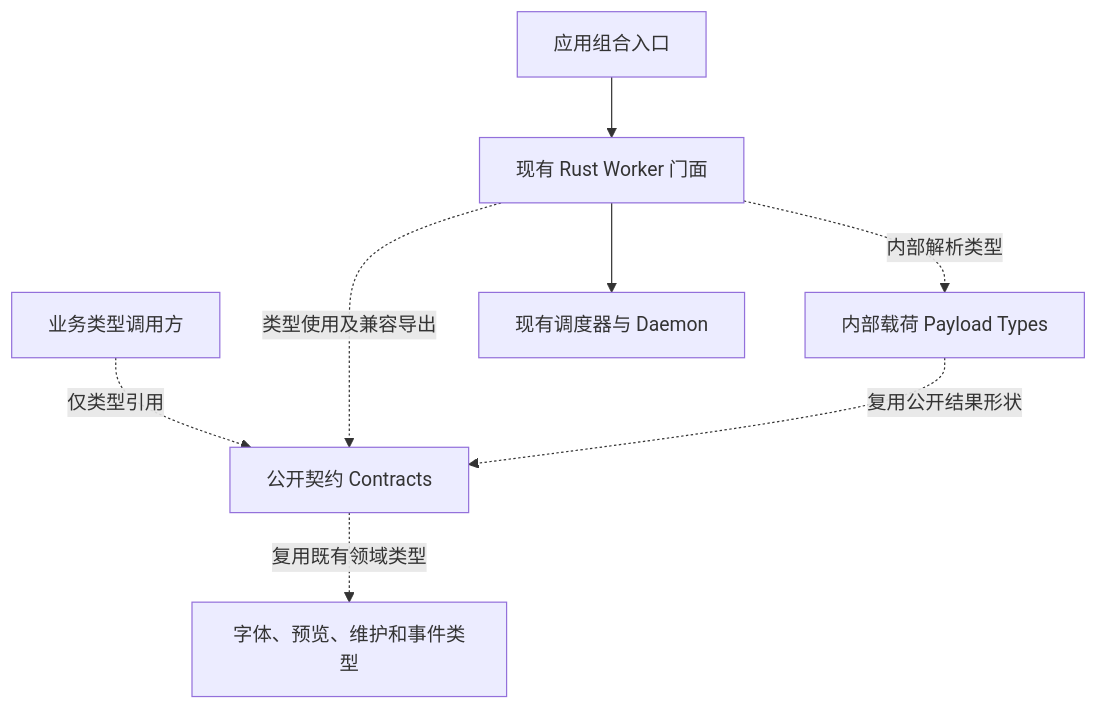
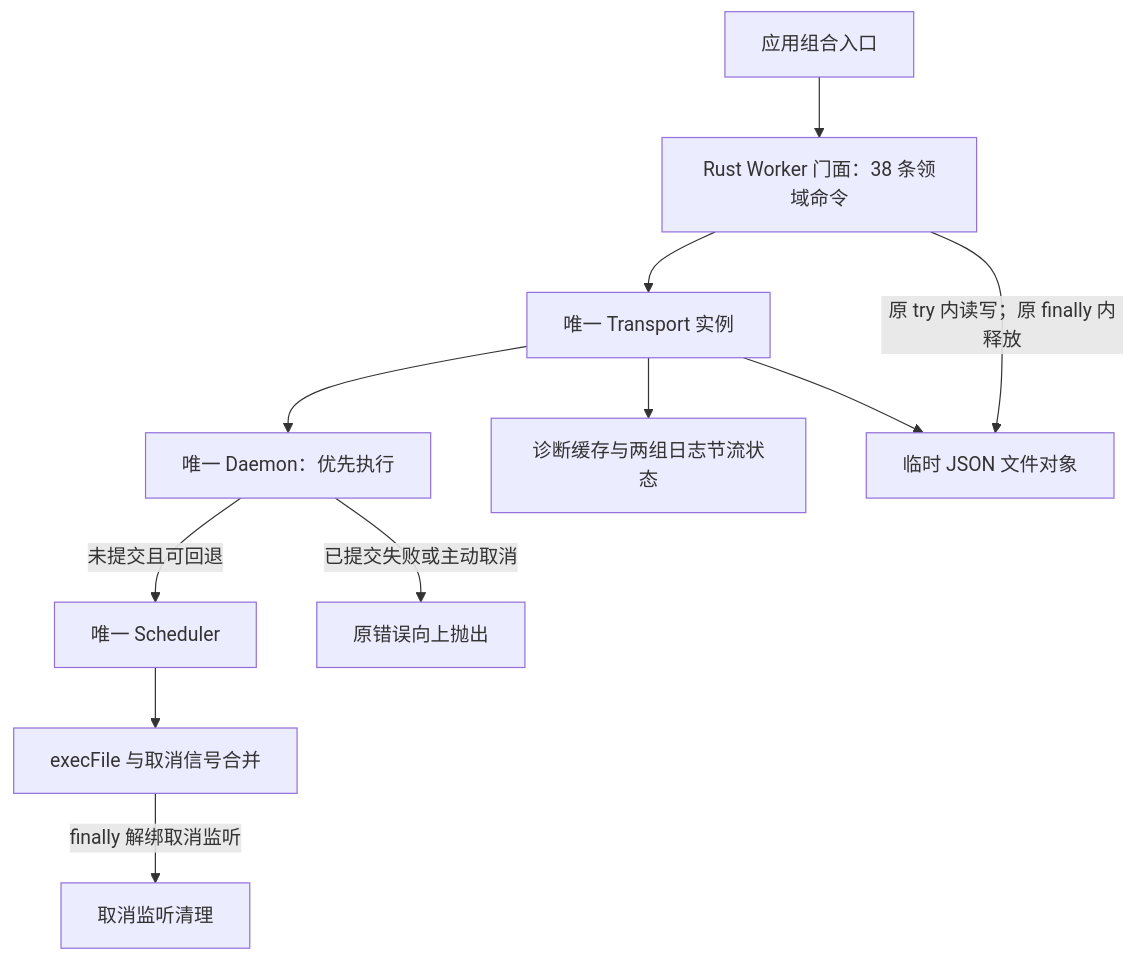
The diagram in docs/plans/HFM_STAGE_05_RUST_WORKER_TASKBOOK.md (uniquenesssta/99), drawn with Mermaid before and after one commit. The commit also changed other lines of this file and 9 other files, not shown here.

Commit message:
refactor(rust): extract worker transport with frozen behavior guards

````diff
--- a/docs/plans/HFM_STAGE_05_RUST_WORKER_TASKBOOK.md
+++ b/docs/plans/HFM_STAGE_05_RUST_WORKER_TASKBOOK.md
@@ -97,10 +98,13 @@
 ```mermaid
 flowchart TD
-  A["业务类型调用方"] -. "仅类型引用" .-> C["公开契约 Contracts"]
-  B["应用组合入口"] --> F["现有 Rust Worker 门面"]
-  F -. "类型使用及兼容导出" .-> C
-  F -. "内部解析类型" .-> P["内部载荷 Payload Types"]
-  P -. "复用公开结果形状" .-> C
-  F --> T["现有调度器与 Daemon"]
-  C -. "复用既有领域类型" .-> D["字体、预览、维护和事件类型"]
+  A["应用组合入口"] --> F["Rust Worker 门面：38 条领域命令"]
+  F --> T["唯一 Transport 实例"]
+  T --> D["唯一 Daemon：优先执行"]
+  D -->|"未提交且可回退"| S["唯一 Scheduler"]
+  S --> E["execFile 与取消信号合并"]
+  D -->|"已提交失败或主动取消"| X["原错误向上抛出"]
+  T --> C["诊断缓存与两组日志节流状态"]
+  T --> J["临时 JSON 文件对象"]
+  F -->|"原 try 内读写；原 finally 内释放"| J
+  E -->|"finally 解绑取消监听"| L["取消监听清理"]
 ```
````
